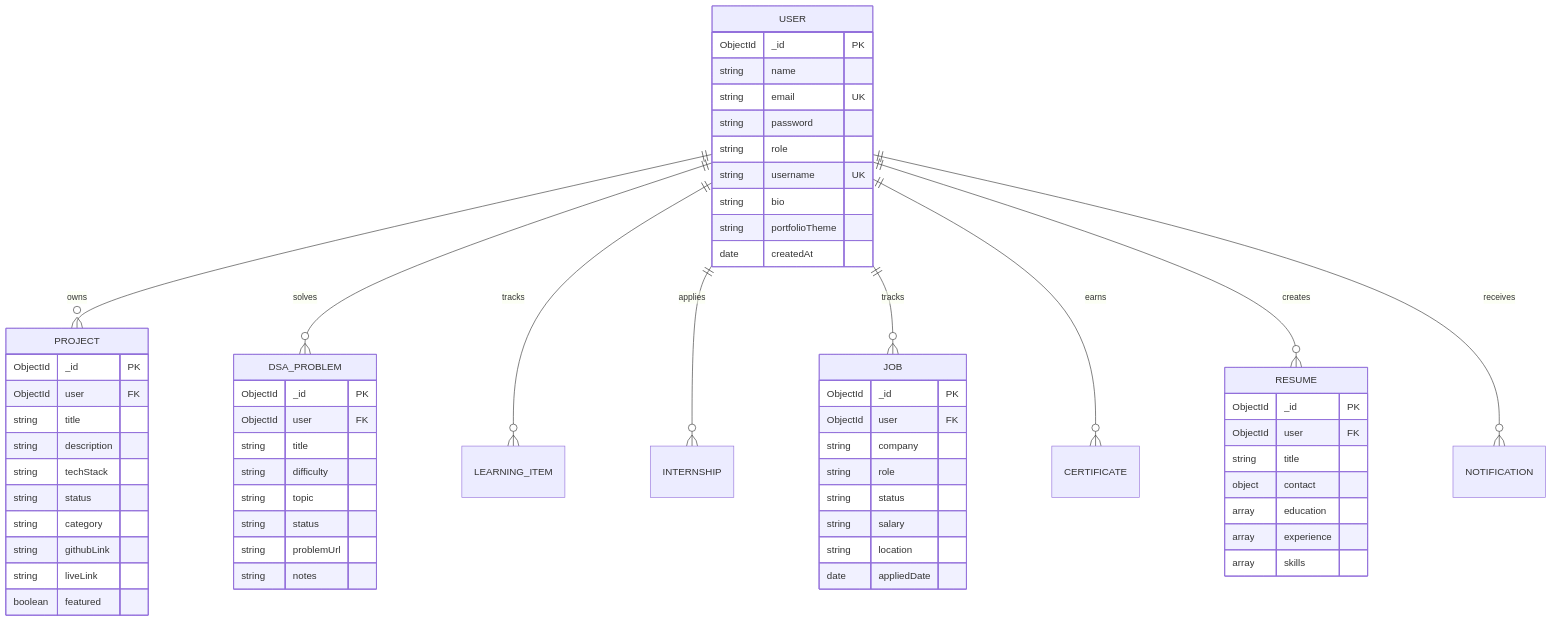
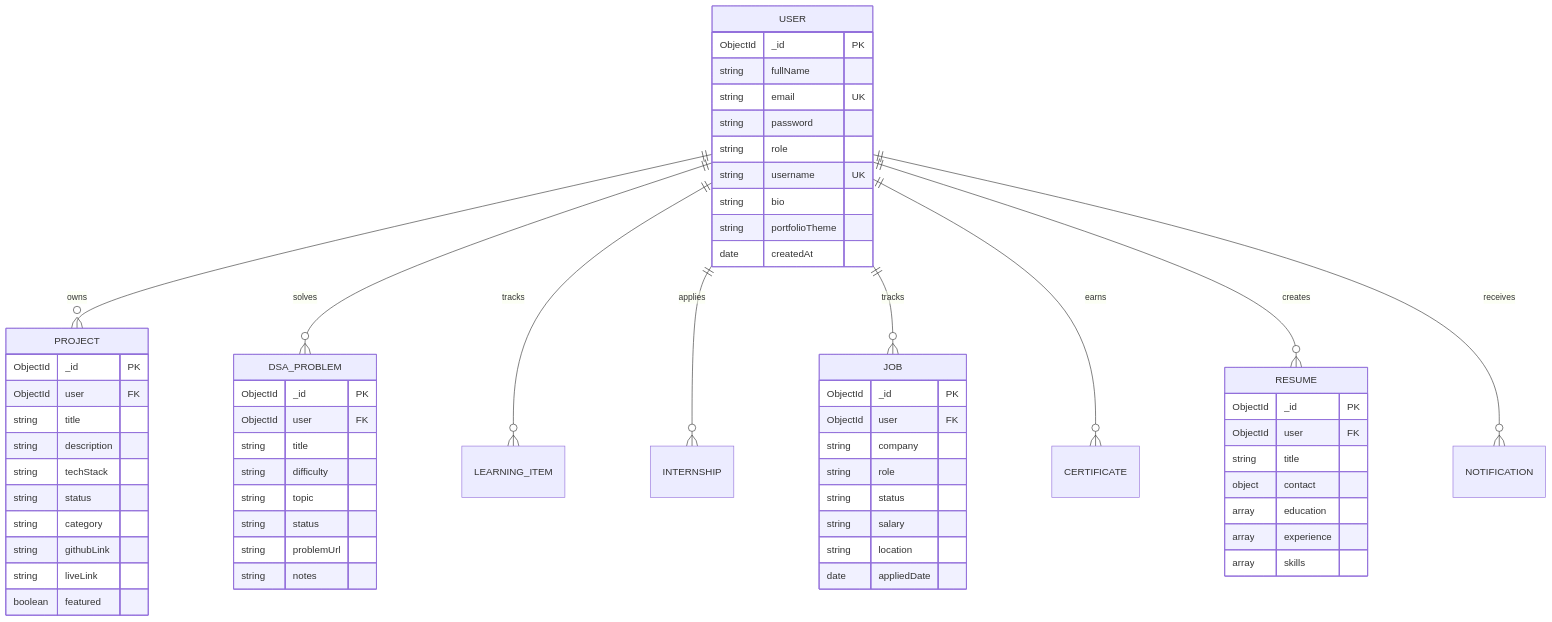
The second of 2 diagrams in SkillForge/README.md (ayushkumarjha1/SkillForge), drawn with Mermaid before and after one commit. The commit also changed other lines of this file and 12 other files, not shown here.

Commit message:
docs: add real high-res project screenshots and comprehensive feature-by-feature architectural breakdown

````diff
--- a/SkillForge/README.md
+++ b/SkillForge/README.md
@@ -124,68 +236,68 @@
 ```mermaid
 erDiagram
     USER ||--o{ PROJECT : owns
     USER ||--o{ DSA_PROBLEM : solves
     USER ||--o{ LEARNING_ITEM : tracks
     USER ||--o{ INTERNSHIP : applies
     USER ||--o{ JOB : tracks
     USER ||--o{ CERTIFICATE : earns
     USER ||--o{ RESUME : creates
     USER ||--o{ NOTIFICATION : receives
 
     USER {
         ObjectId _id PK
-        string name
+        string fullName
         string email UK
         string password
         string role
         string username UK
         string bio
         string portfolioTheme
         date createdAt
     }
 
     PROJECT {
         ObjectId _id PK
         ObjectId user FK
         string title
         string description
         string techStack
         string status
         string category
         string githubLink
         string liveLink
         boolean featured
     }
 
     DSA_PROBLEM {
         ObjectId _id PK
         ObjectId user FK
         string title
         string difficulty
         string topic
         string status
         string problemUrl
         string notes
     }
 
     JOB {
         ObjectId _id PK
         ObjectId user FK
         string company
         string role
         string status
         string salary
         string location
         date appliedDate
     }
 
     RESUME {
         ObjectId _id PK
         ObjectId user FK
         string title
         object contact
         array education
         array experience
         array skills
     }
 ```
````
